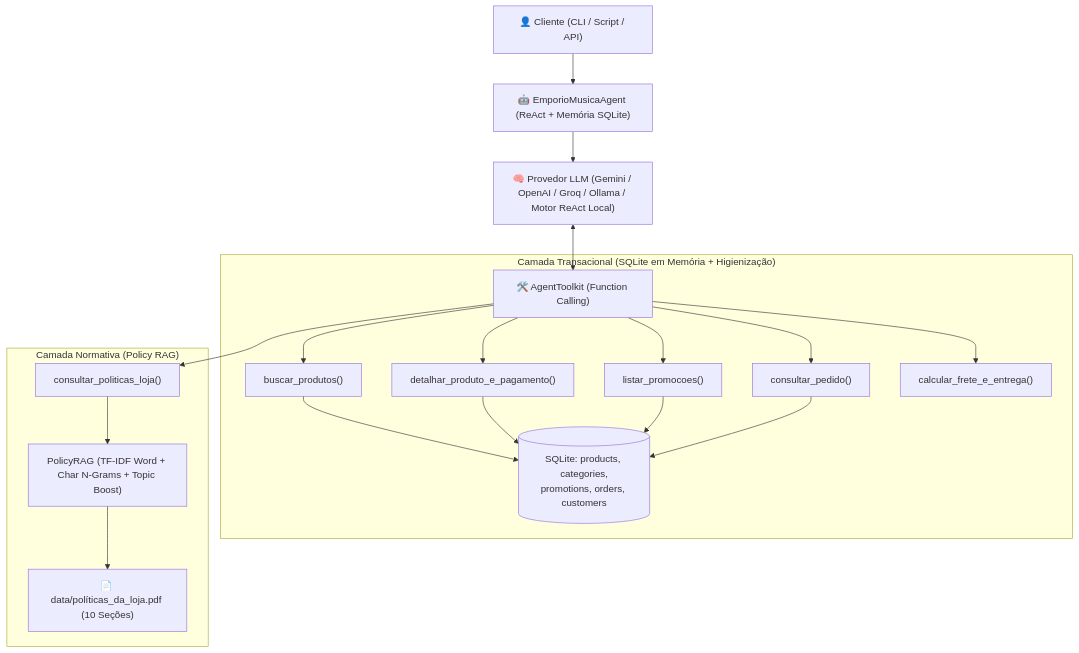
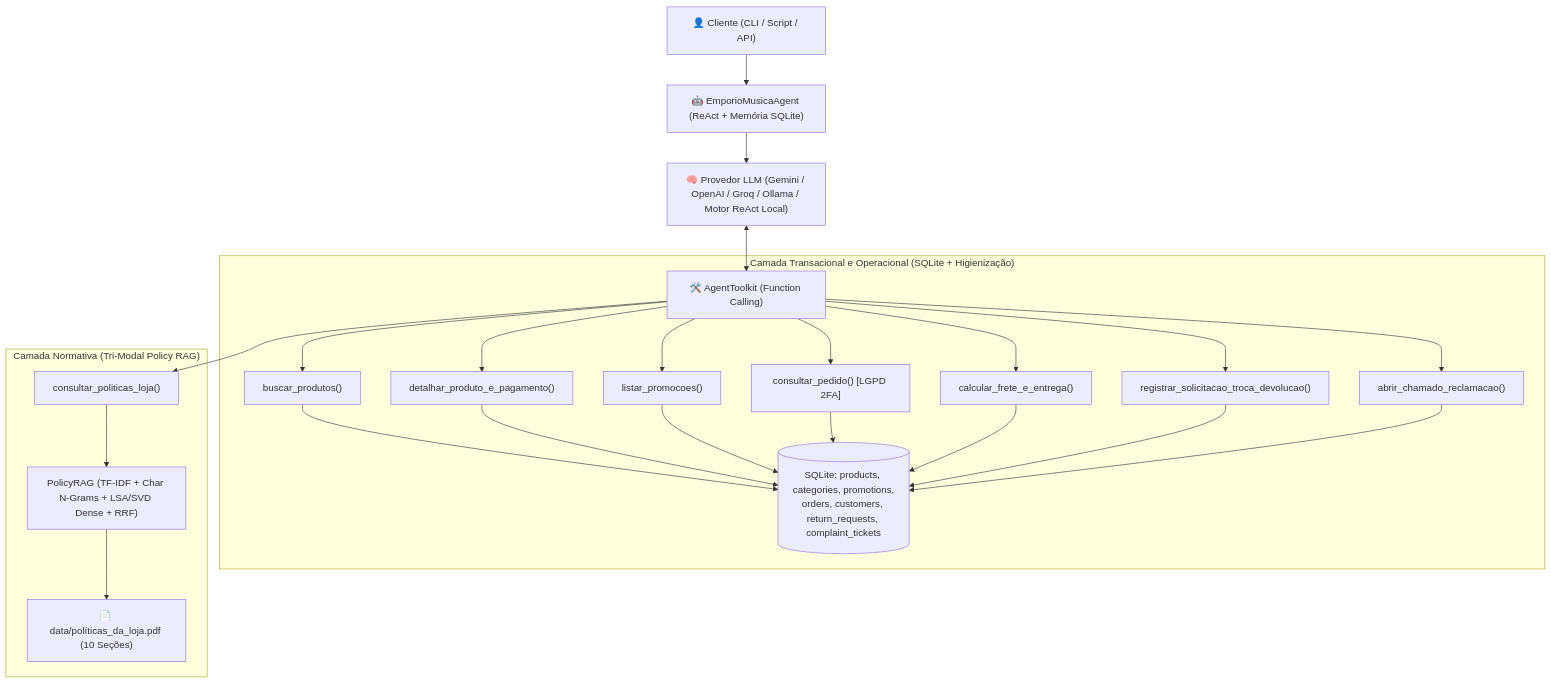
One commit to GaabrielCH/desafio-ai-engineer-artefact-emporio-musica changed the diagram in README.md. Above: the diagram before and after it, drawn with Mermaid. The commit also changed other lines of this file, not shown here.

Commit message:
docs(readme): document implemented evolutions (LGPD 2FA, freight engine, write tools, RRF RAG)

````diff
--- a/README.md
+++ b/README.md
@@ -28,21 +28,23 @@
 ```mermaid
 flowchart TD
     User["👤 Cliente (CLI / Script / API)"] --> Agent["🤖 EmporioMusicaAgent (ReAct + Memória SQLite)"]
     Agent --> LLM["🧠 Provedor LLM (Gemini / OpenAI / Groq / Ollama / Motor ReAct Local)"]
     LLM <--> Tools["🛠️ AgentToolkit (Function Calling)"]
 
-    subgraph StructuredData ["Camada Transacional (SQLite em Memória + Higienização)"]
+    subgraph StructuredData ["Camada Transacional e Operacional (SQLite + Higienização)"]
         Tools --> T1["buscar_produtos()"]
         Tools --> T2["detalhar_produto_e_pagamento()"]
         Tools --> T3["listar_promocoes()"]
-        Tools --> T4["consultar_pedido()"]
+        Tools --> T4["consultar_pedido() [LGPD 2FA]"]
         Tools --> T5["calcular_frete_e_entrega()"]
-        T1 & T2 & T3 & T4 --> DB[("SQLite: products, categories,\npromotions, orders, customers")]
+        Tools --> T7["registrar_solicitacao_troca_devolucao()"]
+        Tools --> T8["abrir_chamado_reclamacao()"]
+        T1 & T2 & T3 & T4 & T5 & T7 & T8 --> DB[("SQLite: products, categories, promotions,\norders, customers, return_requests, complaint_tickets")]
     end
 
-    subgraph UnstructuredRAG ["Camada Normativa (Policy RAG)"]
+    subgraph UnstructuredRAG ["Camada Normativa (Tri-Modal Policy RAG)"]
         Tools --> T6["consultar_politicas_loja()"]
-        T6 --> RAG["PolicyRAG (TF-IDF Word + Char N-Grams + Topic Boost)"]
+        T6 --> RAG["PolicyRAG (TF-IDF + Char N-Grams + LSA/SVD Dense + RRF)"]
         RAG --> PDF["📄 data/políticas_da_loja.pdf (10 Seções)"]
     end
 ```
````
